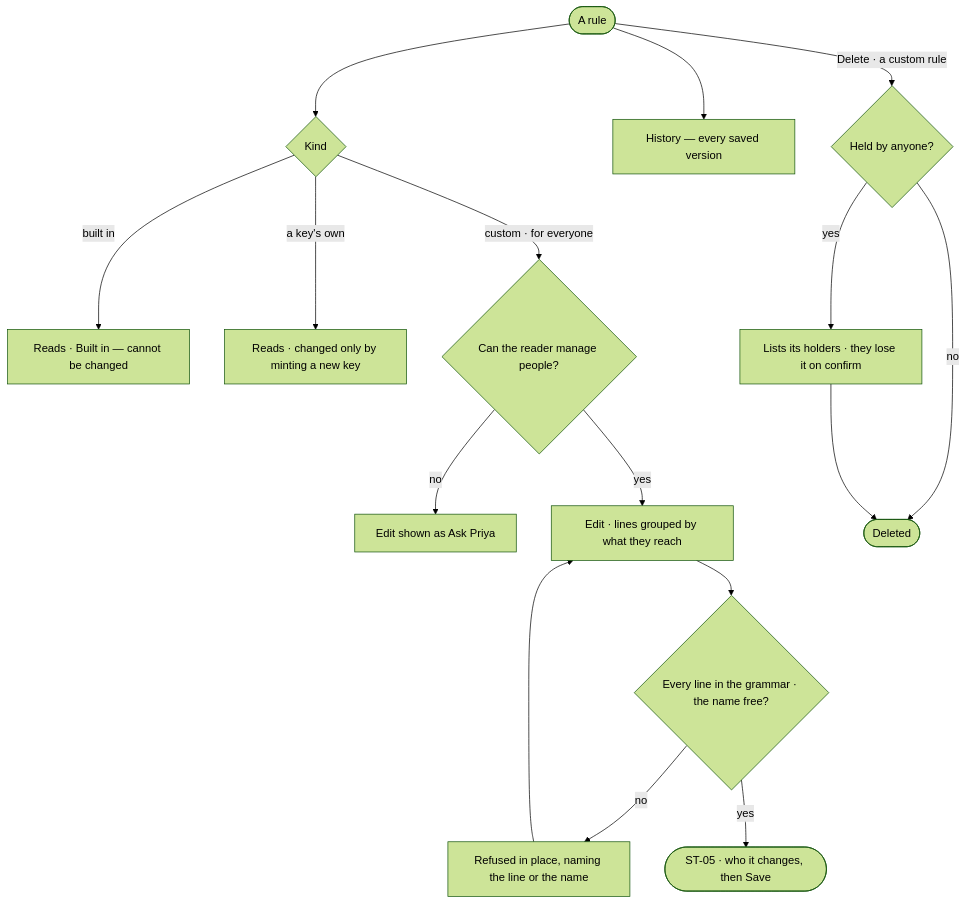
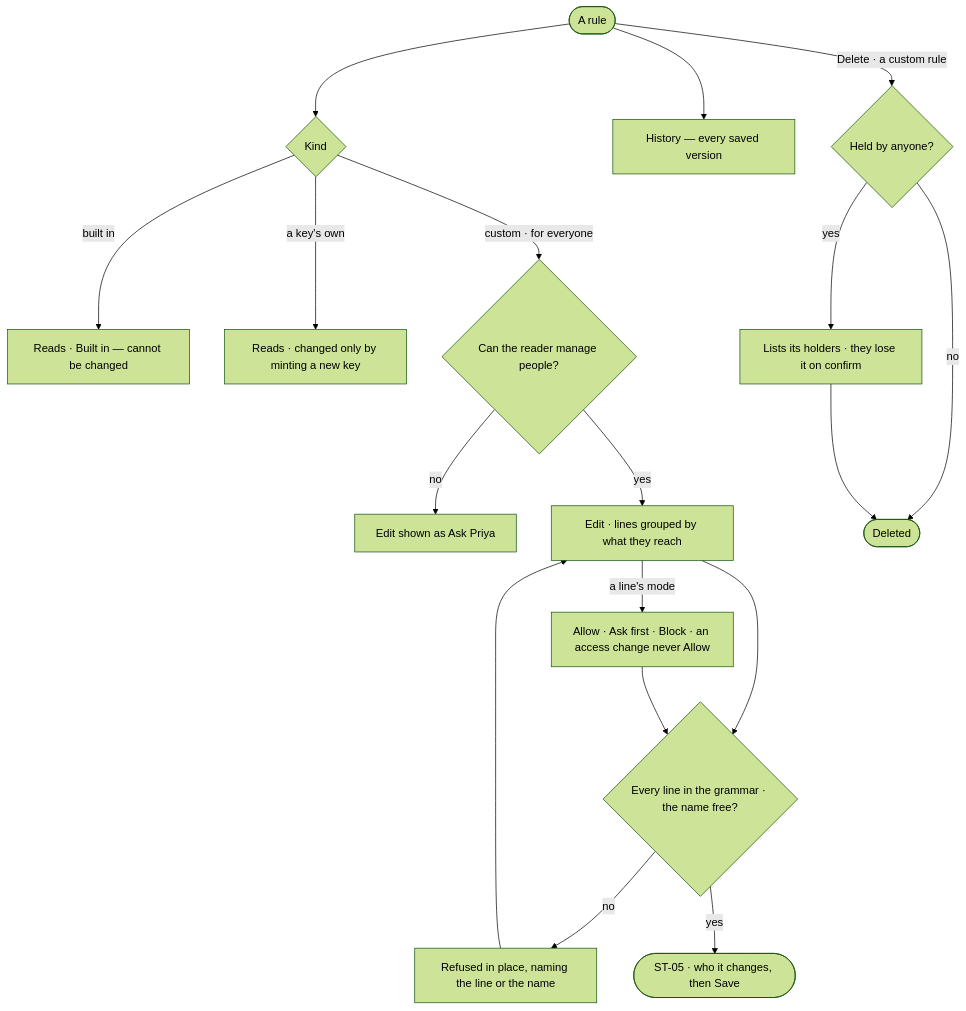
One commit to invana/invana changed the diagram in specs/products/settings/features/ST-F02-people-and-access/stories/ST-02-say-exactly-what-an-access-rule-allows/story.md. Above: the diagram before and after it, drawn with Mermaid (forest theme). The commit also changed other lines of this file and 31 other files, not shown here.

First line of the commit message:
docs: agents act only as far as the person allows — Allow · Ask first · Block

````diff
--- a/specs/products/settings/features/ST-F02-people-and-access/stories/ST-02-say-exactly-what-an-access-rule-allows/story.md
+++ b/specs/products/settings/features/ST-F02-people-and-access/stories/ST-02-say-exactly-what-an-access-rule-allows/story.md
@@ -26,18 +26,19 @@
 ```mermaid
 flowchart TD
   r([A rule]) --> k{"Kind"}
   k -->|built in| bi["Reads · Built in — cannot be changed"]
   k -->|a key's own| ko["Reads · changed only by minting a new key"]
   k -->|custom · for everyone| ed{"Can the reader manage people?"}
   ed -->|no| ask["Edit shown as Ask Priya"]
   ed -->|yes| e["Edit · lines grouped by what they reach"]
   e --> v{"Every line in the grammar · the name free?"}
   v -->|no| ref["Refused in place, naming the line or the name"]
   ref --> e
   v -->|yes| imp(["ST-05 · who it changes, then Save"])
+  e -->|a line's mode| md["Allow · Ask first · Block · an access change never Allow"] --> v
   r --> h["History — every saved version"]
   r -->|Delete · a custom rule| dl{"Held by anyone?"}
   dl -->|yes| hl["Lists its holders · they lose it on confirm"]
   dl -->|no| gone(["Deleted"])
   hl --> gone
 ```
````
